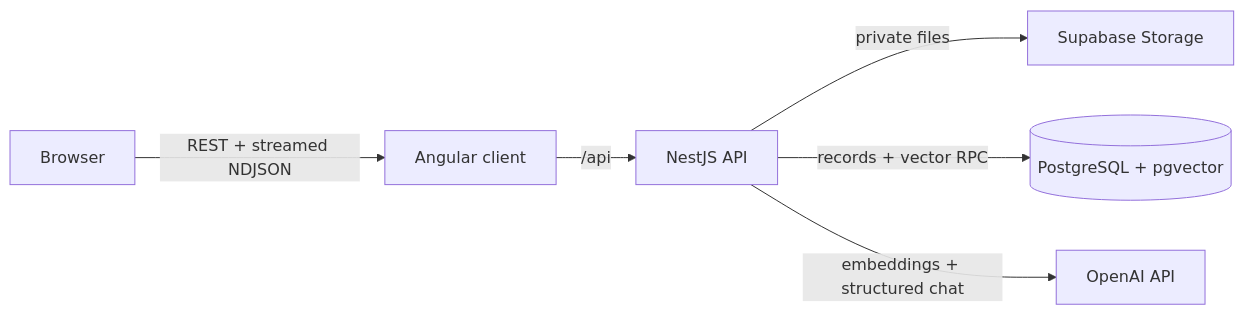
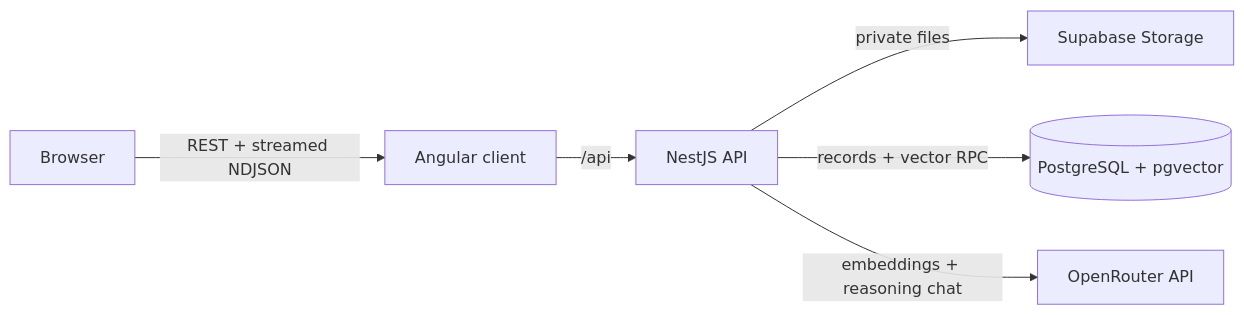
One commit to jaaseiadev/grounded changed the diagram in docs/architecture.md. Above: the diagram before and after it, drawn with Mermaid. The commit also changed other lines of this file and 18 other files, not shown here.

Commit message:
feat(ai): integrate OpenRouter reasoning models

````diff
--- a/docs/architecture.md
+++ b/docs/architecture.md
@@ -5,8 +5,8 @@
 ```mermaid
 flowchart LR
   U[Browser] -->|REST + streamed NDJSON| A[Angular client]
   A -->|/api| N[NestJS API]
   N -->|private files| S[Supabase Storage]
   N -->|records + vector RPC| P[(PostgreSQL + pgvector)]
-  N -->|embeddings + structured chat| O[OpenAI API]
+  N -->|embeddings + reasoning chat| O[OpenRouter API]
 ```
````
